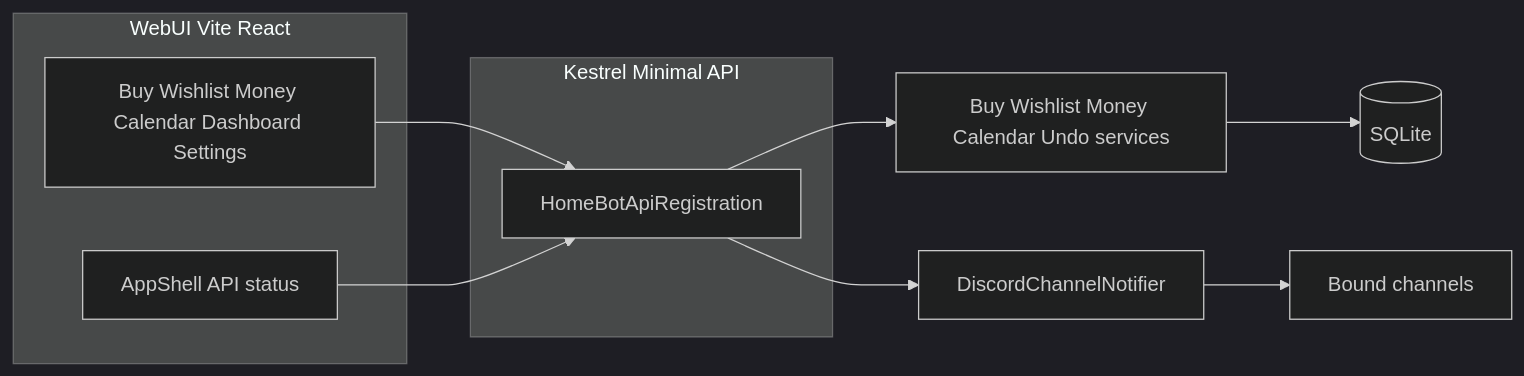
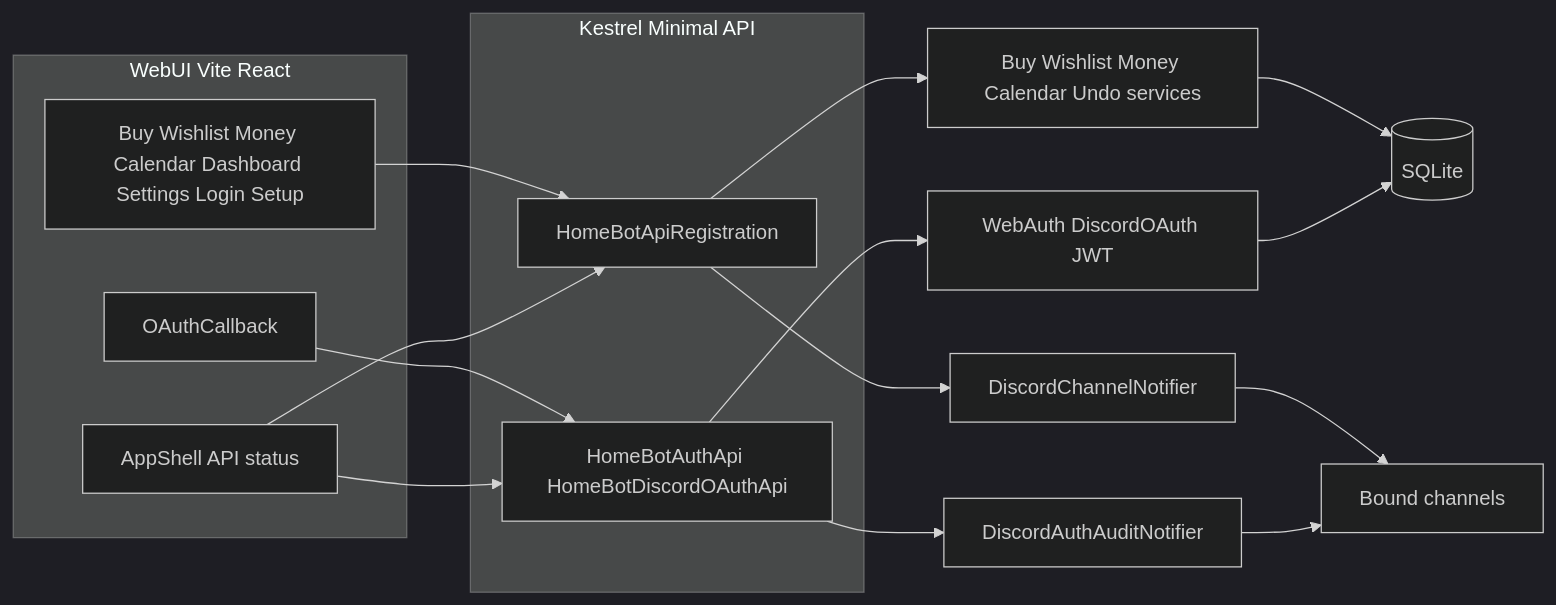
The diagram in docs/Refined_WebUI_Adaptation_Plan.md (SypherXN/HomeBot), drawn with Mermaid (dark theme) before and after one commit. The commit also changed other lines of this file and 26 other files, not shown here.

Commit message:
Add WebUI future-work doc; include OAuth/auth changes and gitignore

````diff
--- a/docs/Refined_WebUI_Adaptation_Plan.md
+++ b/docs/Refined_WebUI_Adaptation_Plan.md
@@ -203,16 +231,24 @@
 ```mermaid
 flowchart LR
   subgraph webui [WebUI Vite React]
-    pages[Buy Wishlist Money Calendar Dashboard Settings]
+    pages[Buy Wishlist Money Calendar Dashboard Settings Login Setup]
+    oauth[OAuthCallback]
     shell[AppShell API status]
   end
   subgraph api [Kestrel Minimal API]
     routes[HomeBotApiRegistration]
+    auth[HomeBotAuthApi HomeBotDiscordOAuthApi]
   end
   pages --> routes
+  oauth --> auth
   shell --> routes
+  shell --> auth
   routes --> svc[Buy Wishlist Money Calendar Undo services]
+  auth --> webauth[WebAuth DiscordOAuth JWT]
   svc --> db[(SQLite)]
+  webauth --> db
   routes --> notify[DiscordChannelNotifier]
+  auth --> audit[DiscordAuthAuditNotifier]
   notify --> ch[Bound channels]
+  audit --> ch
 ```
````
